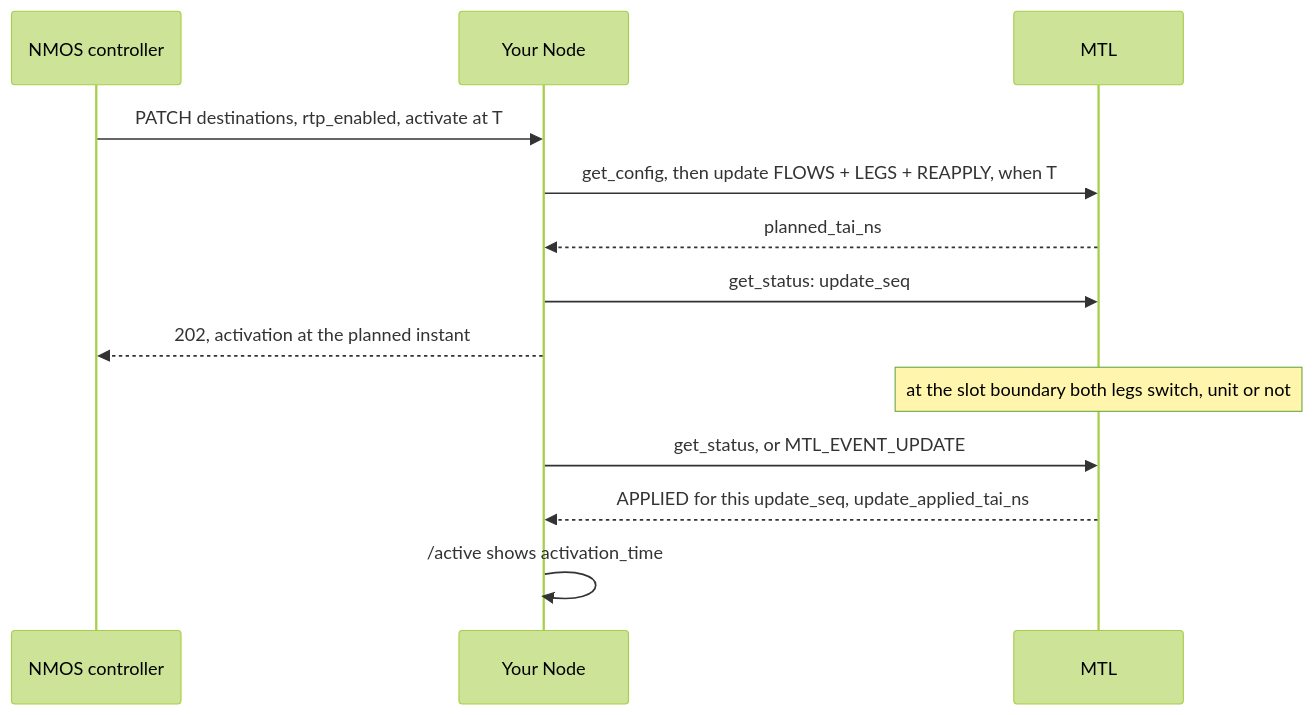
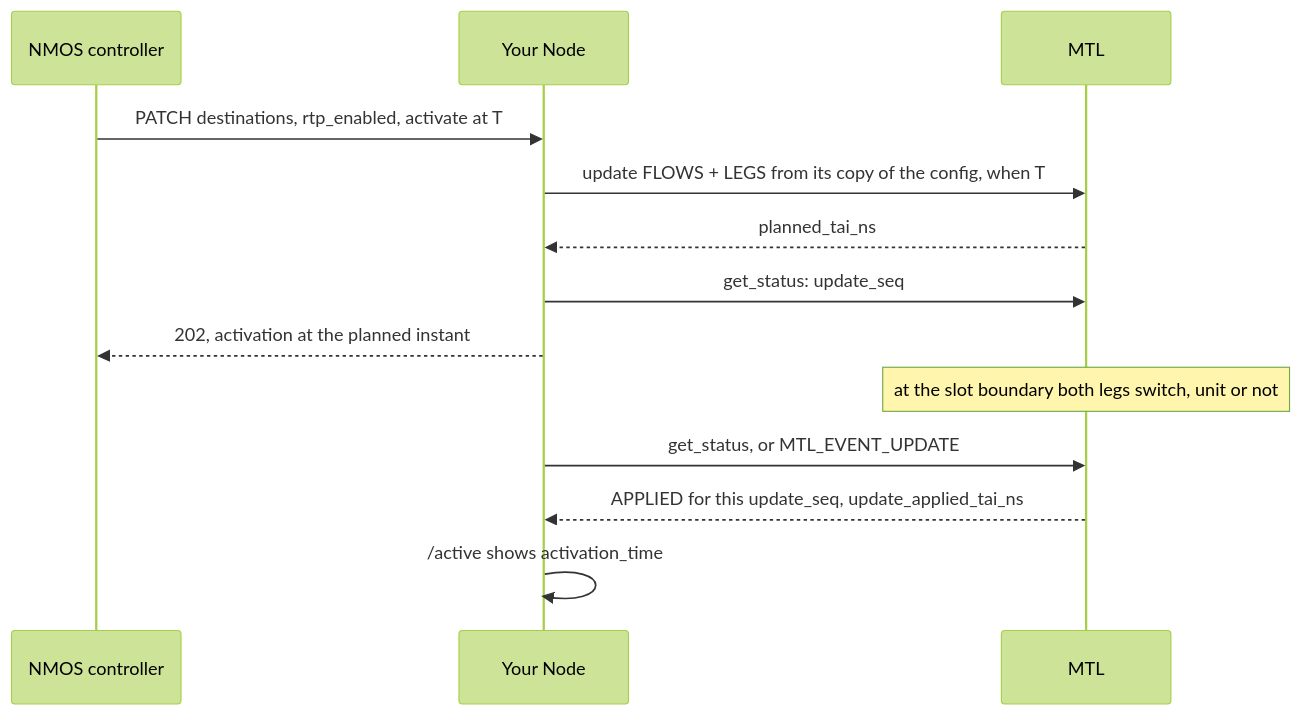
Before and after one commit to Sakoram/Media-Transport-Library: diagram 15 of 56 in doc/unified-api/diagrams.md, drawn with Mermaid (forest theme). The commit also changed other lines of this file and 56 other files, not shown here.

````diff
--- a/doc/unified-api/diagrams.md
+++ b/doc/unified-api/diagrams.md
@@ -394,15 +395,15 @@
 ```mermaid
 sequenceDiagram
     participant C as NMOS controller
     participant N as Your Node
     participant M as MTL
     C->>N: PATCH destinations, rtp_enabled, activate at T
-    N->>M: get_config, then update FLOWS + LEGS + REAPPLY, when T
+    N->>M: update FLOWS + LEGS from its copy of the config, when T
     M-->>N: planned_tai_ns
     N->>M: get_status: update_seq
     N-->>C: 202, activation at the planned instant
     Note over M: at the slot boundary both legs switch, unit or not
     N->>M: get_status, or MTL_EVENT_UPDATE
     M-->>N: APPLIED for this update_seq, update_applied_tai_ns
     N->>N: /active shows activation_time
 ```
````
